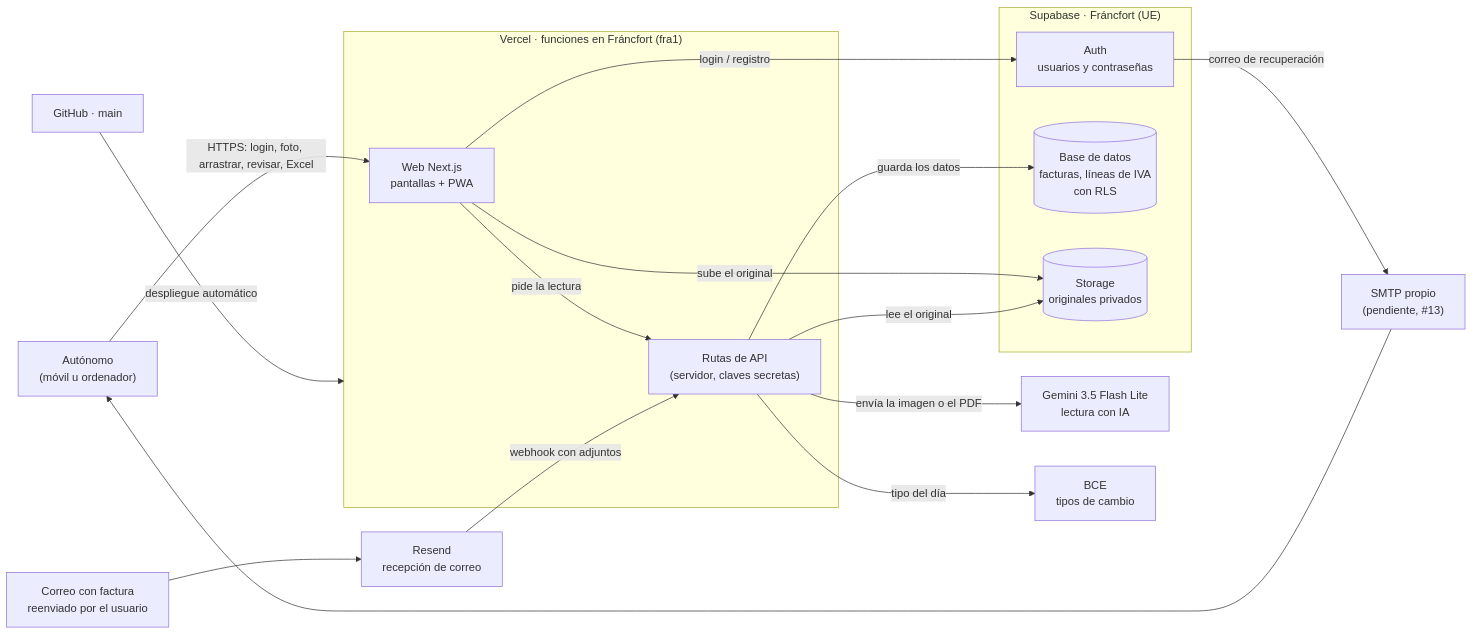
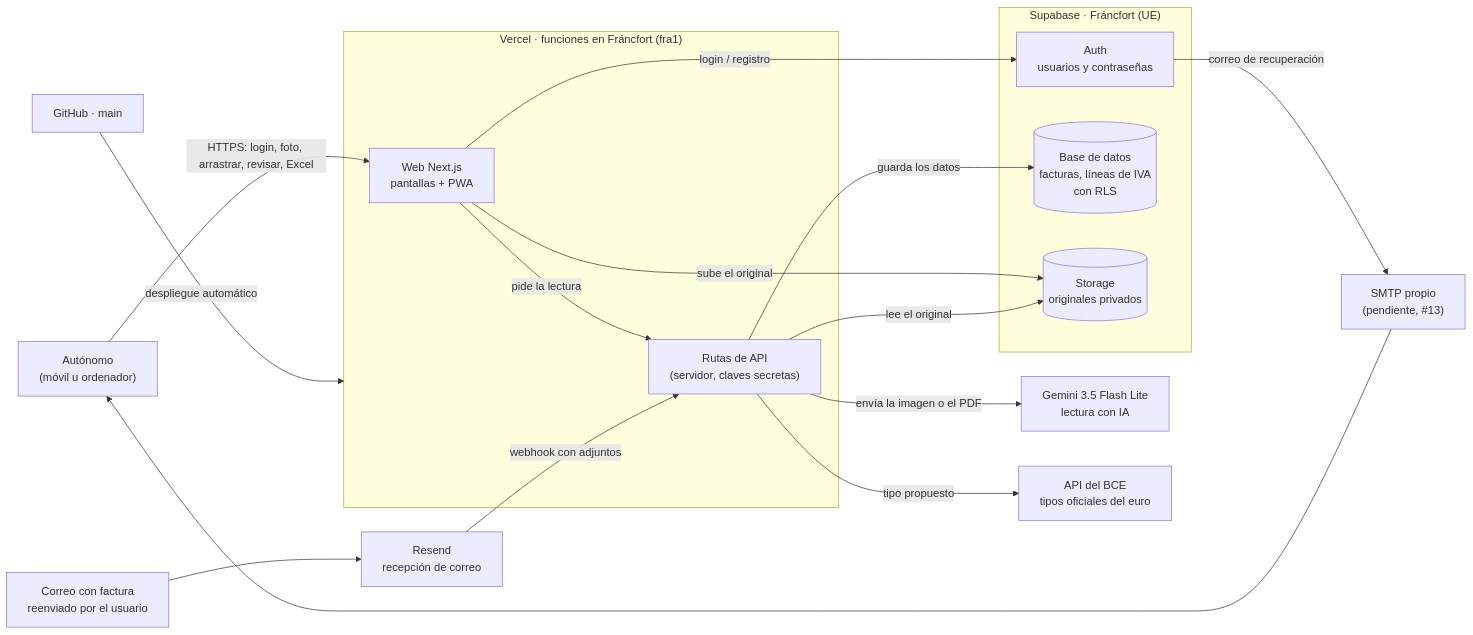
The diagram in docs/arquitectura.md (Ana-gp/gestion-facturas), drawn with Mermaid before and after one commit. The commit also changed other lines of this file and 3 other files, not shown here.

First line of the commit message:
18 · SQL listo para Supabase, guía de puesta en marcha y tipo de cambio en la arquitectura

````diff
--- a/docs/arquitectura.md
+++ b/docs/arquitectura.md
@@ -93,36 +93,36 @@
 ```mermaid
 flowchart LR
     U["Autónomo<br/>(móvil u ordenador)"]
     MAIL["Correo con factura<br/>reenviado por el usuario"]
 
     subgraph VERCEL["Vercel · funciones en Fráncfort (fra1)"]
         WEB["Web Next.js<br/>pantallas + PWA"]
         API["Rutas de API<br/>(servidor, claves secretas)"]
     end
 
     subgraph SUPA["Supabase · Fráncfort (UE)"]
         AUTH["Auth<br/>usuarios y contraseñas"]
         DB[("Base de datos<br/>facturas, líneas de IVA<br/>con RLS")]
         ST[("Storage<br/>originales privados")]
     end
 
     RESEND["Resend<br/>recepción de correo"]
     GEM["Gemini 3.5 Flash Lite<br/>lectura con IA"]
-    BCE["BCE<br/>tipos de cambio"]
+    BCE["API del BCE<br/>tipos oficiales del euro"]
     SMTP["SMTP propio<br/>(pendiente, #13)"]
     GH["GitHub · main"]
 
     U -- "HTTPS: login, foto, arrastrar, revisar, Excel" --> WEB
     WEB -- "login / registro" --> AUTH
     WEB -- "sube el original" --> ST
     WEB -- "pide la lectura" --> API
     API -- "lee el original" --> ST
     API -- "envía la imagen o el PDF" --> GEM
-    API -- "tipo del día" --> BCE
+    API -- "tipo propuesto" --> BCE
     API -- "guarda los datos" --> DB
     MAIL --> RESEND
     RESEND -- "webhook con adjuntos" --> API
     AUTH -- "correo de recuperación" --> SMTP
     SMTP --> U
     GH -- "despliegue automático" --> VERCEL
 ```
````
